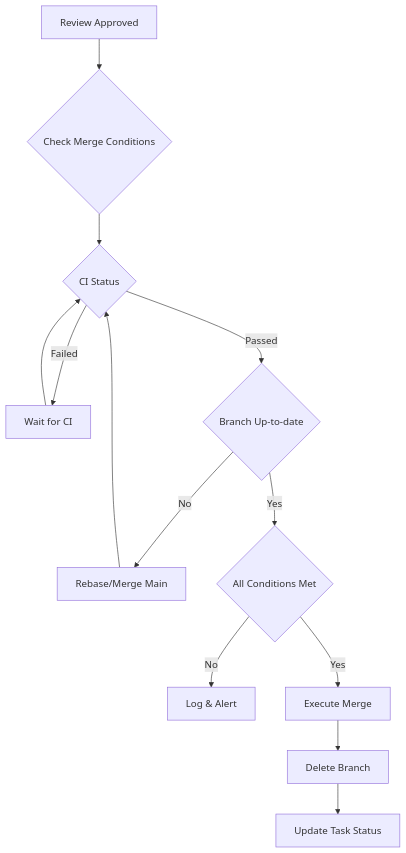
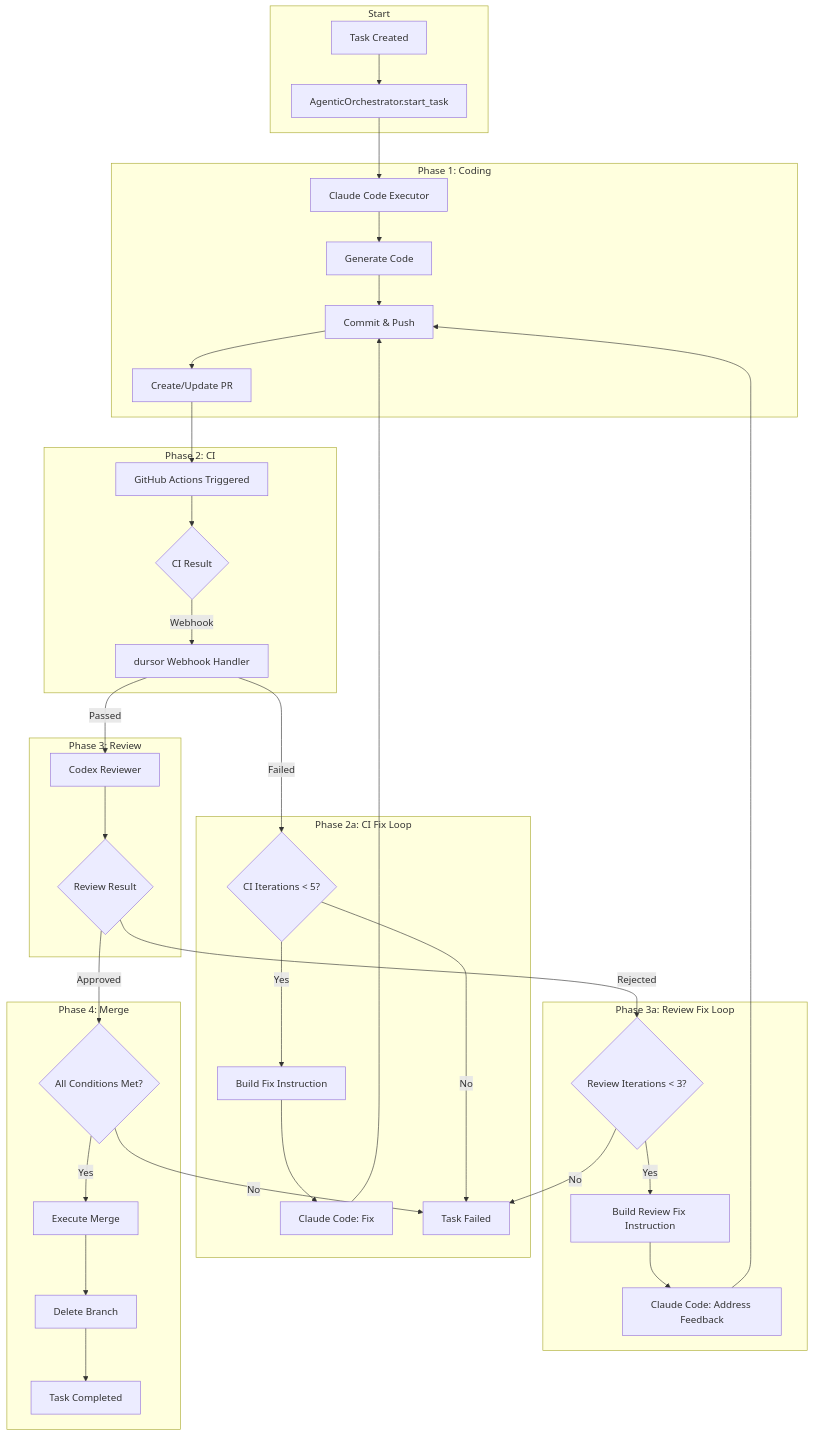
Before and after one commit to hampen2929/zloth: the second of 2 diagrams in docs/agentic-dursor.md, drawn with Mermaid. The commit also changed other lines of this file, not shown here.

First line of the commit message:
Update agentic dursor design for full autonomy (Option B)

````diff
--- a/docs/agentic-dursor.md
+++ b/docs/agentic-dursor.md
@@ -190,15 +929,48 @@
 ```mermaid
 flowchart TD
-    A[Review Approved] --> B{Check Merge Conditions}
-    B --> C{CI Status}
-    C -->|Failed| D[Wait for CI]
-    D --> C
-    C -->|Passed| E{Branch Up-to-date}
-    E -->|No| F[Rebase/Merge Main]
-    F --> C
-    E -->|Yes| G{All Conditions Met}
-    G -->|No| H[Log & Alert]
-    G -->|Yes| I[Execute Merge]
-    I --> J[Delete Branch]
-    J --> K[Update Task Status]
+    subgraph Start
+        A[Task Created] --> B[AgenticOrchestrator.start_task]
+    end
+
+    subgraph Coding["Phase 1: Coding"]
+        B --> C[Claude Code Executor]
+        C --> D[Generate Code]
+        D --> E[Commit & Push]
+        E --> F[Create/Update PR]
+    end
+
+    subgraph CI["Phase 2: CI"]
+        F --> G[GitHub Actions Triggered]
+        G --> H{CI Result}
+        H -->|Webhook| I[dursor Webhook Handler]
+    end
+
+    subgraph CIFix["Phase 2a: CI Fix Loop"]
+        I -->|Failed| J{CI Iterations < 5?}
+        J -->|Yes| K[Build Fix Instruction]
+        K --> L[Claude Code: Fix]
+        L --> E
+        J -->|No| FAIL[Task Failed]
+    end
+
+    subgraph Review["Phase 3: Review"]
+        I -->|Passed| M[Codex Reviewer]
+        M --> N{Review Result}
+    end
+
+    subgraph ReviewFix["Phase 3a: Review Fix Loop"]
+        N -->|Rejected| O{Review Iterations < 3?}
+        O -->|Yes| P[Build Review Fix Instruction]
+        P --> Q[Claude Code: Address Feedback]
+        Q --> E
+        O -->|No| FAIL
+    end
+
+    subgraph Merge["Phase 4: Merge"]
+        N -->|Approved| R{All Conditions Met?}
+        R -->|Yes| S[Execute Merge]
+        S --> T[Delete Branch]
+        T --> U[Task Completed]
+        R -->|No| FAIL
+    end
 ```
````
